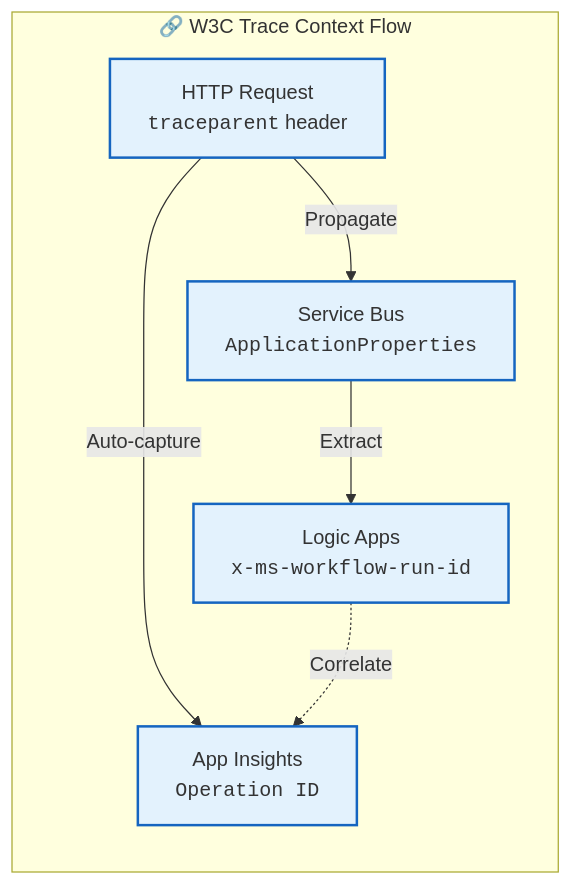
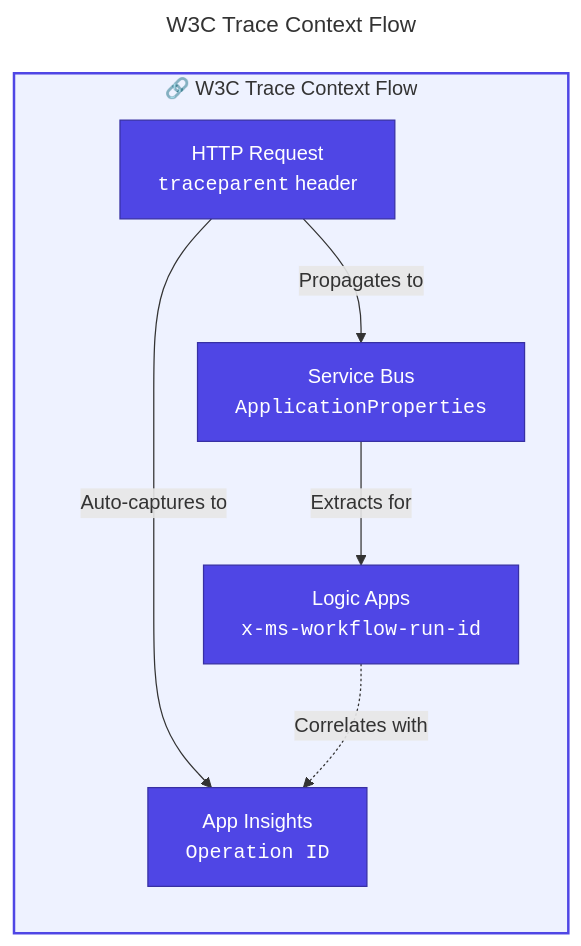
Before and after one commit to Evilazaro/Azure-LogicApps-Monitoring: the fifth of 6 diagrams in docs/architecture/02-data-architecture.md, drawn with Mermaid. The commit also changed other lines of this file, not shown here.

Commit message:
feat: Update data architecture diagrams with enhanced flow, connections, and visual styles

````diff
--- a/docs/architecture/02-data-architecture.md
+++ b/docs/architecture/02-data-architecture.md
@@ -284,17 +322,28 @@
 ```mermaid
+---
+title: W3C Trace Context Flow
+---
 flowchart LR
+    %% ===== TRACE CONTEXT FLOW =====
     subgraph TraceContext["🔗 W3C Trace Context Flow"]
         HTTP["HTTP Request<br/><code>traceparent</code> header"]
         SB["Service Bus<br/><code>ApplicationProperties</code>"]
         LA["Logic Apps<br/><code>x-ms-workflow-run-id</code>"]
         AI["App Insights<br/><code>Operation ID</code>"]
     end
 
-    HTTP -->|"Propagate"| SB
-    SB -->|"Extract"| LA
-    HTTP -->|"Auto-capture"| AI
-    LA -.->|"Correlate"| AI
+    %% ===== CONNECTIONS =====
+    HTTP -->|"Propagates to"| SB
+    SB -->|"Extracts for"| LA
+    HTTP -->|"Auto-captures to"| AI
+    LA -.->|"Correlates with"| AI
 
-    classDef context fill:#e3f2fd,stroke:#1565c0,stroke-width:2px
-    class HTTP,SB,LA,AI context
+    %% ===== STYLES - NODE CLASSES =====
+    classDef primary fill:#4F46E5,stroke:#3730A3,color:#FFFFFF
+
+    %% ===== CLASS ASSIGNMENTS =====
+    class HTTP,SB,LA,AI primary
+
+    %% ===== SUBGRAPH STYLES =====
+    style TraceContext fill:#EEF2FF,stroke:#4F46E5,stroke-width:2px
 ```
````
